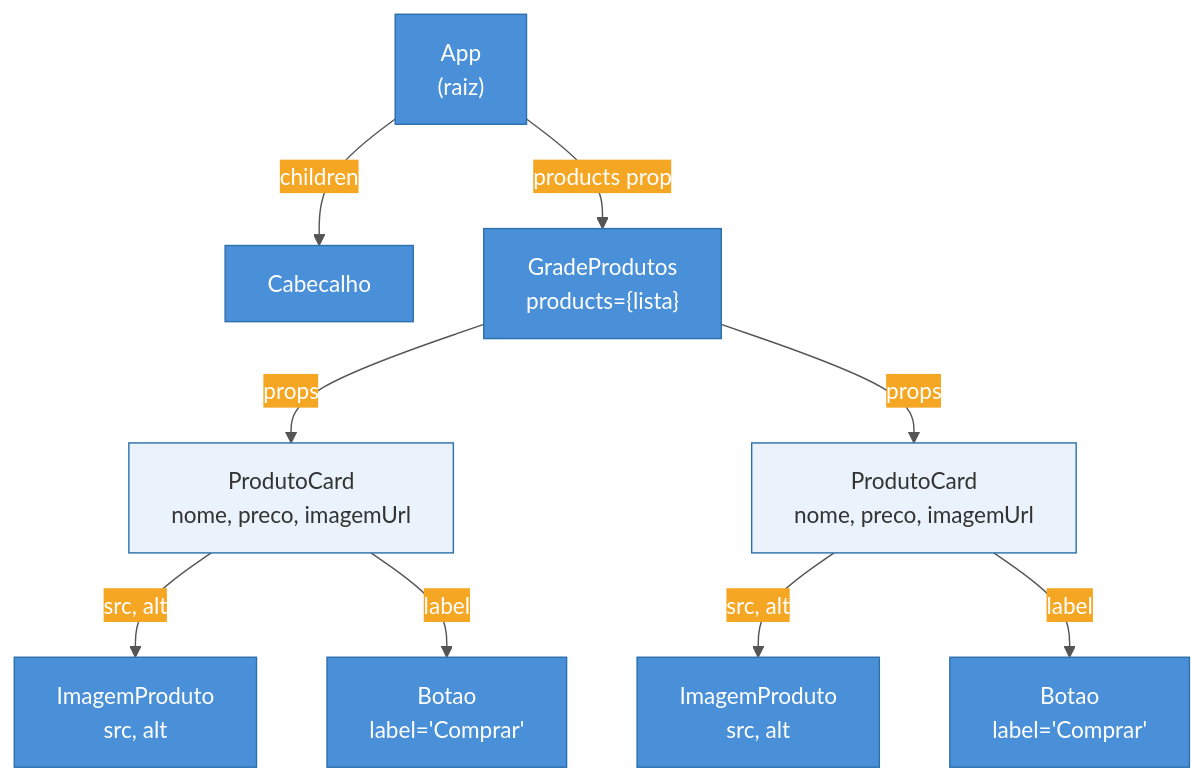
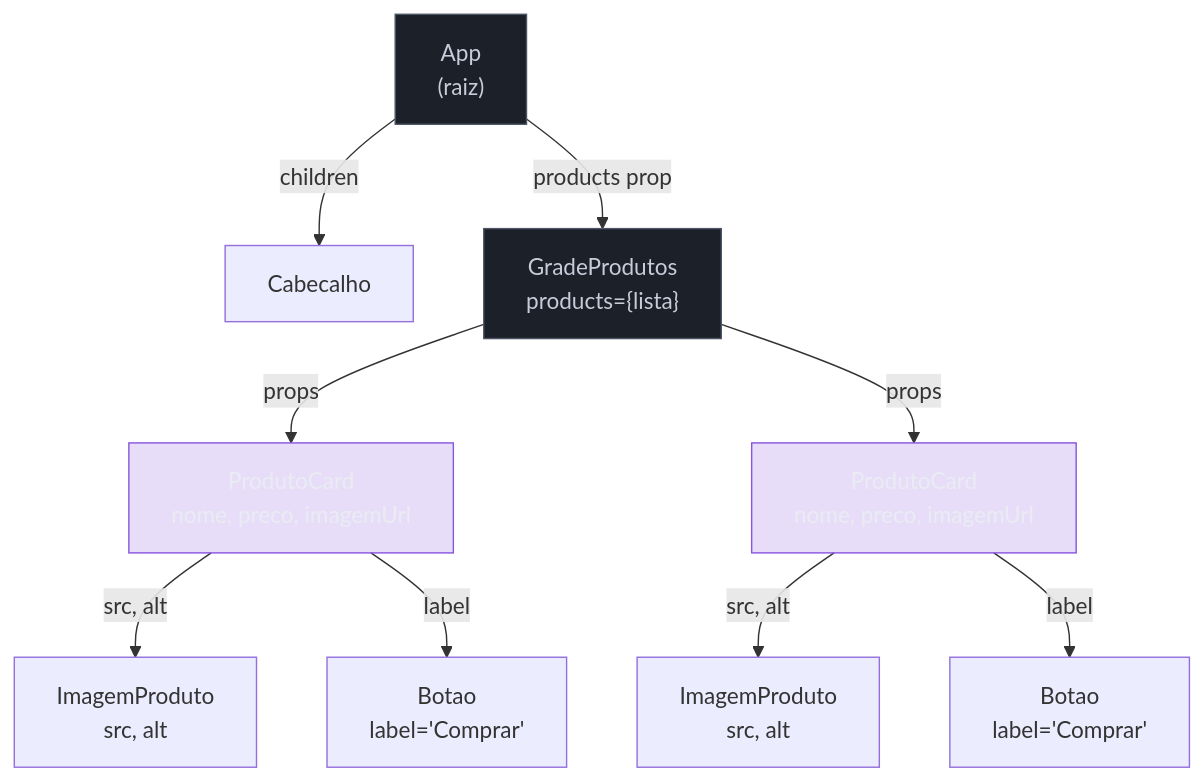
Before and after one commit to josenaldo/codex-technomanticus: the diagram in 03-Dominios/Tecnologia/React/React core/03 - Componentes e props.md, drawn with Mermaid. The commit also changed 1181 other files, not shown here.

First line of the commit message:
fix(diagramas): paleta do sistema no lugar de cor cravada no markdown

````diff
--- a/03-Dominios/Tecnologia/React/React core/03 - Componentes e props.md
+++ b/03-Dominios/Tecnologia/React/React core/03 - Componentes e props.md
@@ -223,27 +223,28 @@
 ```mermaid
-%%{init: {"theme": "base", "themeVariables": {"primaryColor": "#4A90D9", "primaryTextColor": "#fff", "primaryBorderColor": "#2c6fad", "lineColor": "#555", "secondaryColor": "#F5A623", "tertiaryColor": "#eaf3fb"}}}%%
 graph TD
+    classDef neutro fill:#1B2029,stroke:#4E5666,color:#C6CCD8
+    classDef marca fill:#8855DF33,stroke:#8855DF,color:#E9ECF2
     App["App\n(raiz)"]
     Cabecalho["Cabecalho"]
     GradeProdutos["GradeProdutos\nproducts={lista}"]
     PC1["ProdutoCard\nnome, preco, imagemUrl"]
     PC2["ProdutoCard\nnome, preco, imagemUrl"]
     Imagem1["ImagemProduto\nsrc, alt"]
     Botao1["Botao\nlabel='Comprar'"]
     Imagem2["ImagemProduto\nsrc, alt"]
     Botao2["Botao\nlabel='Comprar'"]
 
     App -->|children| Cabecalho
     App -->|products prop| GradeProdutos
     GradeProdutos -->|props| PC1
     GradeProdutos -->|props| PC2
     PC1 -->|src, alt| Imagem1
     PC1 -->|label| Botao1
     PC2 -->|src, alt| Imagem2
     PC2 -->|label| Botao2
 
-    style App fill:#4A90D9,color:#fff
-    style GradeProdutos fill:#4A90D9,color:#fff
-    style PC1 fill:#eaf3fb,color:#333
-    style PC2 fill:#eaf3fb,color:#333
+    class App neutro
+    class GradeProdutos neutro
+    class PC1 marca
+    class PC2 marca
 ```
````
